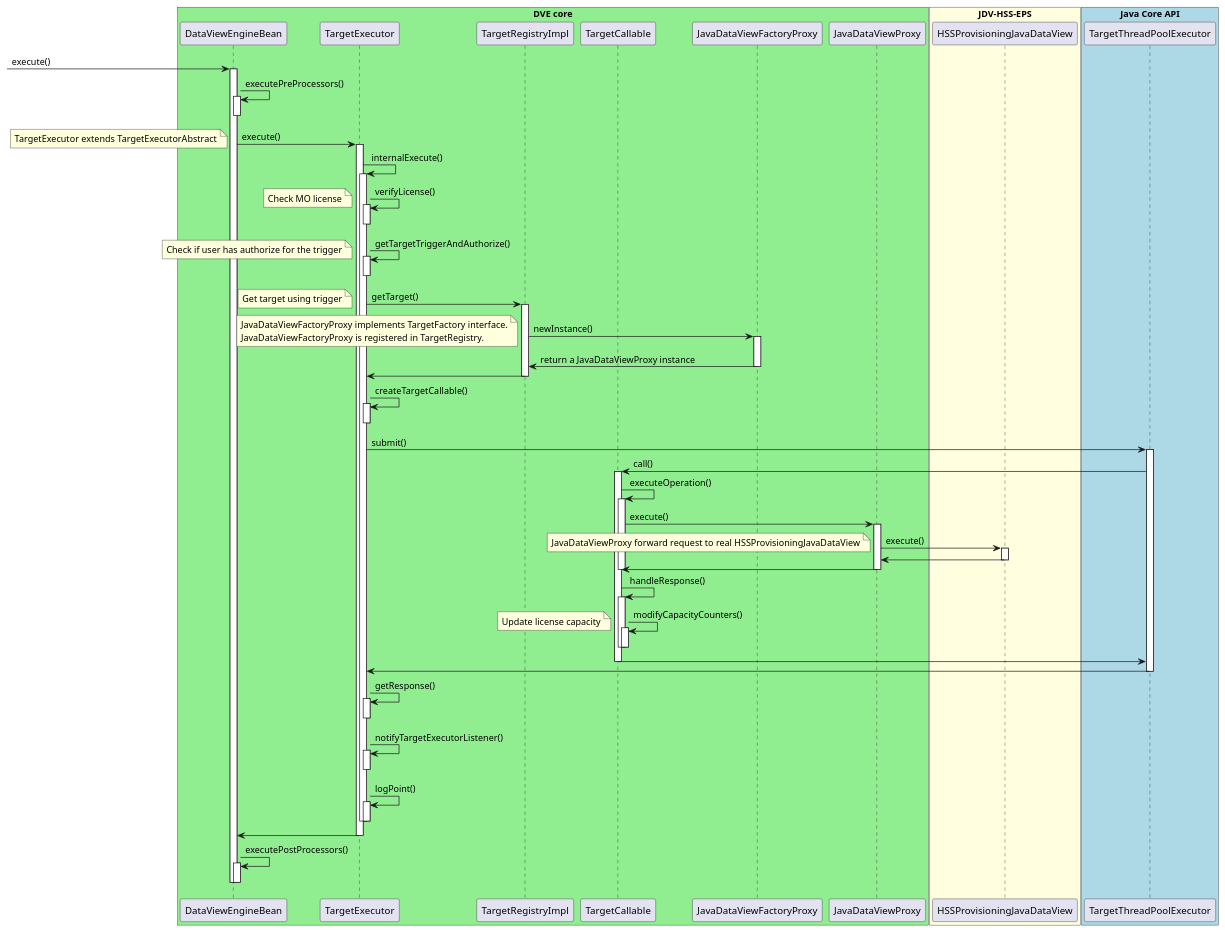
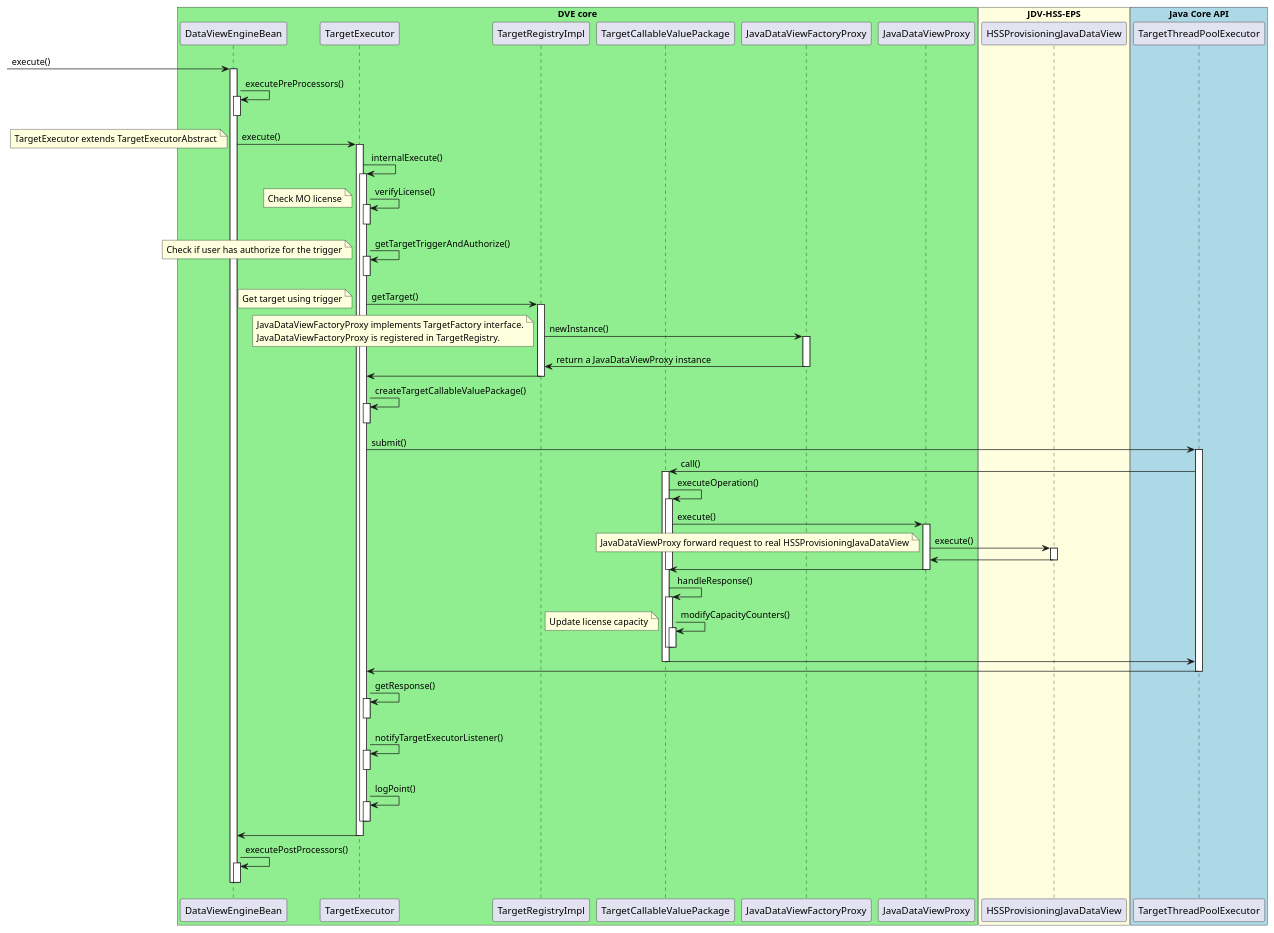
The diagram in UMLProject/src/com/ericsson/uml/PGNGN/DVE-Core.puml (daiyimin/JavaBasics), drawn with PlantUML before and after one commit. The commit also changed 19 other files, not shown here.

Commit message:
add new UML

```diff
--- a/UMLProject/src/com/ericsson/uml/PGNGN/DVE-Core.puml
+++ b/UMLProject/src/com/ericsson/uml/PGNGN/DVE-Core.puml
@@ -1,124 +1,124 @@
 @startuml
 
 box "DVE core" #LightGreen
 	participant DataViewEngineBean
 	participant TargetExecutor
 	participant TargetRegistryImpl
-	participant TargetCallable
+	participant TargetCallableValuePackage
 	participant JavaDataViewFactoryProxy
 	participant JavaDataViewProxy
 end box
 box "JDV-HSS-EPS" #LightYellow
 	participant HSSProvisioningJavaDataView
 end box
 box "Java Core API" #LightBlue
 	participant TargetThreadPoolExecutor
 end box
 
 [-> DataViewEngineBean: execute()
 activate DataViewEngineBean
 DataViewEngineBean -> DataViewEngineBean: executePreProcessors()
 activate DataViewEngineBean
 deactivate DataViewEngineBean
 DataViewEngineBean -> TargetExecutor: execute()
 note left
 TargetExecutor extends TargetExecutorAbstract
 end note
 activate TargetExecutor
 TargetExecutor -> TargetExecutor: internalExecute()
 activate TargetExecutor
 TargetExecutor -> TargetExecutor: verifyLicense()
 note left
 Check MO license
 end note
 activate TargetExecutor
 deactivate TargetExecutor
 
 TargetExecutor -> TargetExecutor: getTargetTriggerAndAuthorize()
 note left
 Check if user has authorize for the trigger
 end note
 activate TargetExecutor
 deactivate TargetExecutor
 
 TargetExecutor -> TargetRegistryImpl: getTarget()
 note left
 Get target using trigger
 end note
 activate TargetRegistryImpl
 TargetRegistryImpl -> JavaDataViewFactoryProxy: newInstance()
 note left
 JavaDataViewFactoryProxy implements TargetFactory interface.
 JavaDataViewFactoryProxy is registered in TargetRegistry.
 end note
 activate JavaDataViewFactoryProxy
 JavaDataViewFactoryProxy -> TargetRegistryImpl: return a JavaDataViewProxy instance
 deactivate JavaDataViewFactoryProxy
 
 TargetRegistryImpl -> TargetExecutor
 deactivate TargetRegistryImpl
-TargetExecutor -> TargetExecutor: createTargetCallable()
+TargetExecutor -> TargetExecutor: createTargetCallableValuePackage()
 activate TargetExecutor
 deactivate TargetExecutor
 
 TargetExecutor -> TargetThreadPoolExecutor: submit()
 activate TargetThreadPoolExecutor
-TargetThreadPoolExecutor -> TargetCallable: call()
-activate TargetCallable
-TargetCallable -> TargetCallable: executeOperation()
-activate TargetCallable
-TargetCallable -> JavaDataViewProxy: execute()
+TargetThreadPoolExecutor -> TargetCallableValuePackage: call()
+activate TargetCallableValuePackage
+TargetCallableValuePackage -> TargetCallableValuePackage: executeOperation()
+activate TargetCallableValuePackage
+TargetCallableValuePackage -> JavaDataViewProxy: execute()
 activate JavaDataViewProxy
 JavaDataViewProxy -> HSSProvisioningJavaDataView: execute()
 note left
 JavaDataViewProxy forward request to real HSSProvisioningJavaDataView
 end note
 
 activate HSSProvisioningJavaDataView
 HSSProvisioningJavaDataView -> JavaDataViewProxy
 deactivate HSSProvisioningJavaDataView
 
-JavaDataViewProxy -> TargetCallable
+JavaDataViewProxy -> TargetCallableValuePackage
 deactivate JavaDataViewProxy
 
-deactivate TargetCallable
-TargetCallable -> TargetCallable: handleResponse()
-activate TargetCallable
-TargetCallable -> TargetCallable: modifyCapacityCounters()
+deactivate TargetCallableValuePackage
+TargetCallableValuePackage -> TargetCallableValuePackage: handleResponse()
+activate TargetCallableValuePackage
+TargetCallableValuePackage -> TargetCallableValuePackage: modifyCapacityCounters()
 note left
 Update license capacity
 end note
 
-activate TargetCallable
-deactivate TargetCallable
+activate TargetCallableValuePackage
+deactivate TargetCallableValuePackage
 
-deactivate TargetCallable
+deactivate TargetCallableValuePackage
 
-TargetCallable -> TargetThreadPoolExecutor
-deactivate TargetCallable
+TargetCallableValuePackage -> TargetThreadPoolExecutor
+deactivate TargetCallableValuePackage
 
 TargetThreadPoolExecutor -> TargetExecutor
 deactivate TargetThreadPoolExecutor
 TargetExecutor -> TargetExecutor: getResponse()
 activate TargetExecutor
 deactivate TargetExecutor
 
 TargetExecutor -> TargetExecutor: notifyTargetExecutorListener()
 activate TargetExecutor
 deactivate TargetExecutor
 
 TargetExecutor -> TargetExecutor: logPoint()
 activate TargetExecutor
 deactivate TargetExecutor
 
 deactivate TargetExecutor
 TargetExecutor -> DataViewEngineBean
 deactivate TargetExecutor
 
 DataViewEngineBean -> DataViewEngineBean: executePostProcessors()
 activate DataViewEngineBean
 deactivate DataViewEngineBean
 
 deactivate DataViewEngineBean
 
 @enduml
```
